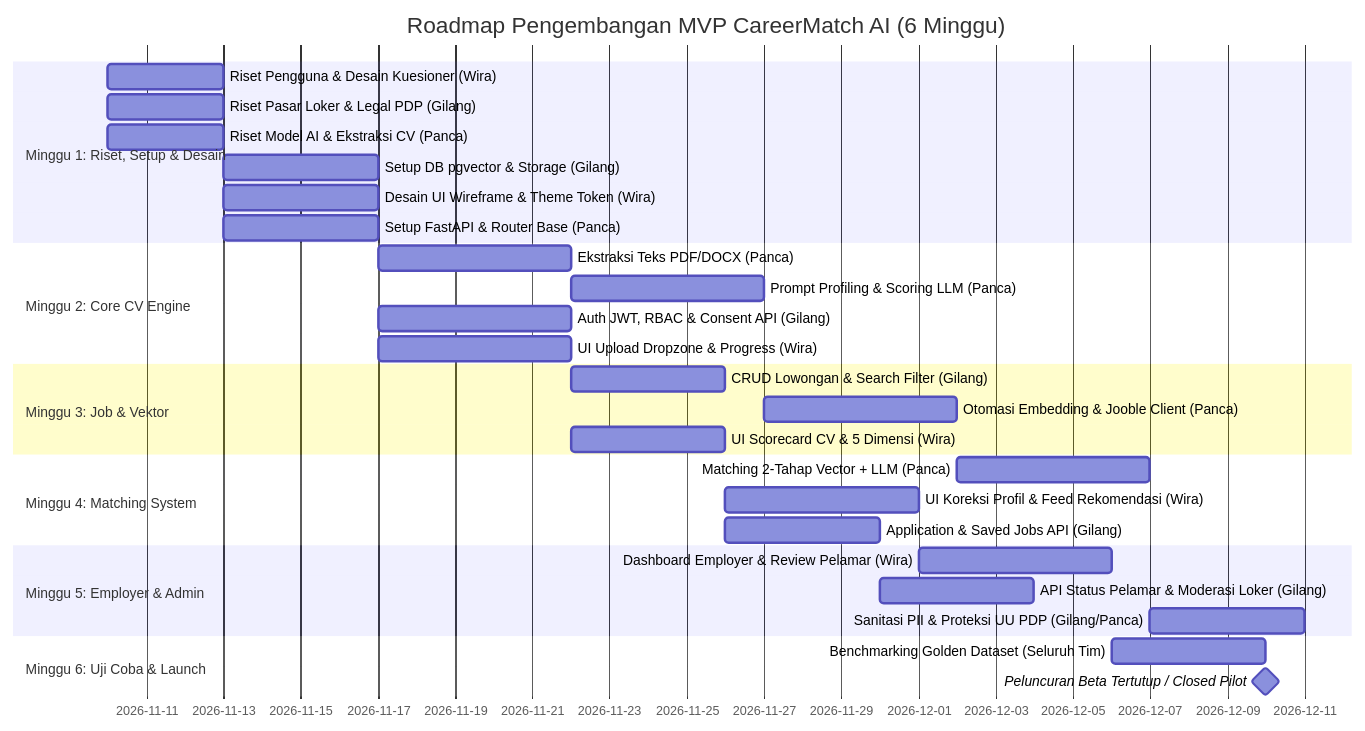
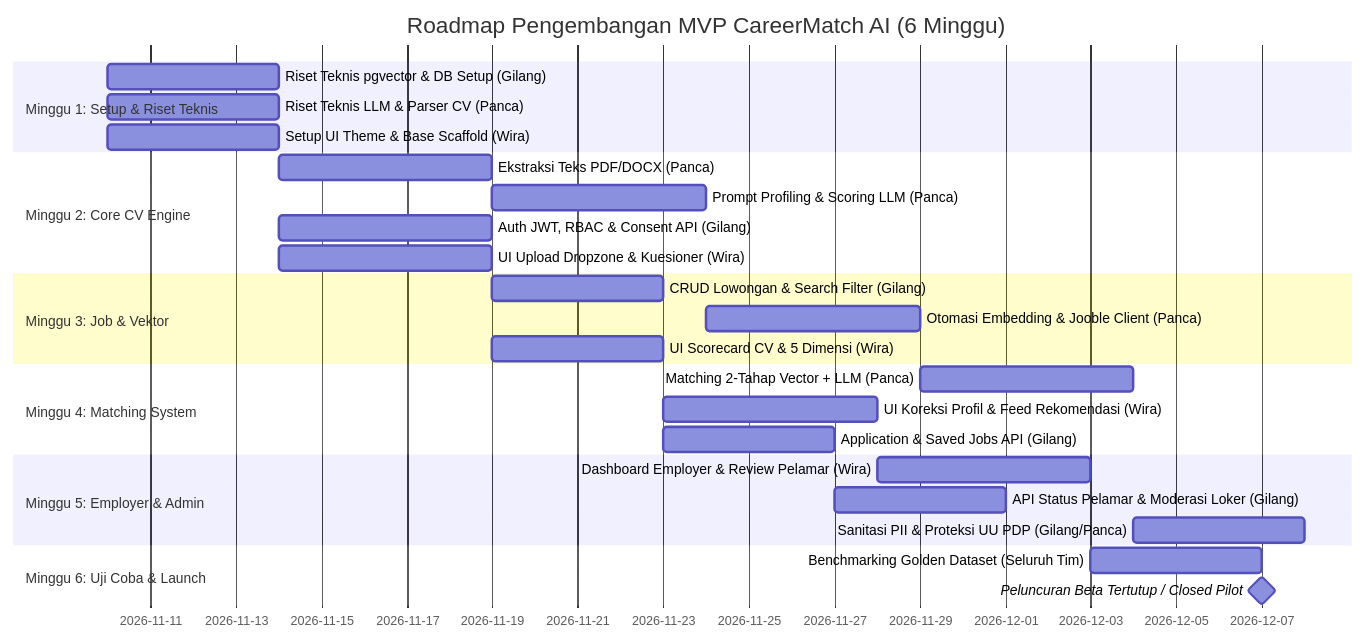
The diagram in docs/tasks.md (DanuZen/Technopreuneur-), drawn with Mermaid before and after one commit. The commit also changed other lines of this file, not shown here.

Commit message:
docs(tasks): refine research phase to focus exclusively on Backend AI and Backend API technical spikes

````diff
--- a/docs/tasks.md
+++ b/docs/tasks.md
@@ -133,32 +117,29 @@
 ```mermaid
 gantt
     title Roadmap Pengembangan MVP CareerMatch AI (6 Minggu)
     dateFormat  YYYY-MM-DD
-    section Minggu 1: Riset, Setup & Desain
-    Riset Pengguna & Desain Kuesioner (Wira)    :w1_0, 2026-11-10, 3d
-    Riset Pasar Loker & Legal PDP (Gilang)      :w1_0b, 2026-11-10, 3d
-    Riset Model AI & Ekstraksi CV (Panca)       :w1_0c, 2026-11-10, 3d
-    Setup DB pgvector & Storage (Gilang)        :w1_1, after w1_0b, 4d
-    Desain UI Wireframe & Theme Token (Wira)    :w1_2, after w1_0, 4d
-    Setup FastAPI & Router Base (Panca)         :w1_3, after w1_0c, 4d
+    section Minggu 1: Setup & Riset Teknis
+    Riset Teknis pgvector & DB Setup (Gilang)   :w1_1, 2026-11-10, 4d
+    Riset Teknis LLM & Parser CV (Panca)        :w1_2, 2026-11-10, 4d
+    Setup UI Theme & Base Scaffold (Wira)       :w1_3, 2026-11-10, 4d
     section Minggu 2: Core CV Engine
-    Ekstraksi Teks PDF/DOCX (Panca)             :w2_1, after w1_3, 5d
+    Ekstraksi Teks PDF/DOCX (Panca)             :w2_1, after w1_2, 5d
     Prompt Profiling & Scoring LLM (Panca)      :w2_2, after w2_1, 5d
     Auth JWT, RBAC & Consent API (Gilang)       :w2_3, after w1_1, 5d
-    UI Upload Dropzone & Progress (Wira)        :w2_4, after w1_2, 5d
+    UI Upload Dropzone & Kuesioner (Wira)       :w2_4, after w1_3, 5d
     section Minggu 3: Job & Vektor
     CRUD Lowongan & Search Filter (Gilang)      :w3_1, after w2_3, 4d
     Otomasi Embedding & Jooble Client (Panca)   :w3_2, after w2_2, 5d
     UI Scorecard CV & 5 Dimensi (Wira)          :w3_3, after w2_4, 4d
     section Minggu 4: Matching System
     Matching 2-Tahap Vector + LLM (Panca)       :w4_1, after w3_2, 5d
     UI Koreksi Profil & Feed Rekomendasi (Wira) :w4_2, after w3_3, 5d
     Application & Saved Jobs API (Gilang)       :w4_3, after w3_1, 4d
     section Minggu 5: Employer & Admin
     Dashboard Employer & Review Pelamar (Wira)  :w5_1, after w4_2, 5d
     API Status Pelamar & Moderasi Loker (Gilang):w5_2, after w4_3, 4d
     Sanitasi PII & Proteksi UU PDP (Gilang/Panca):w5_3, after w4_1, 4d
     section Minggu 6: Uji Coba & Launch
     Benchmarking Golden Dataset (Seluruh Tim)   :w6_1, after w5_1, 4d
     Peluncuran Beta Tertutup / Closed Pilot     :milestone, after w6_1, 0d
 ```
````
